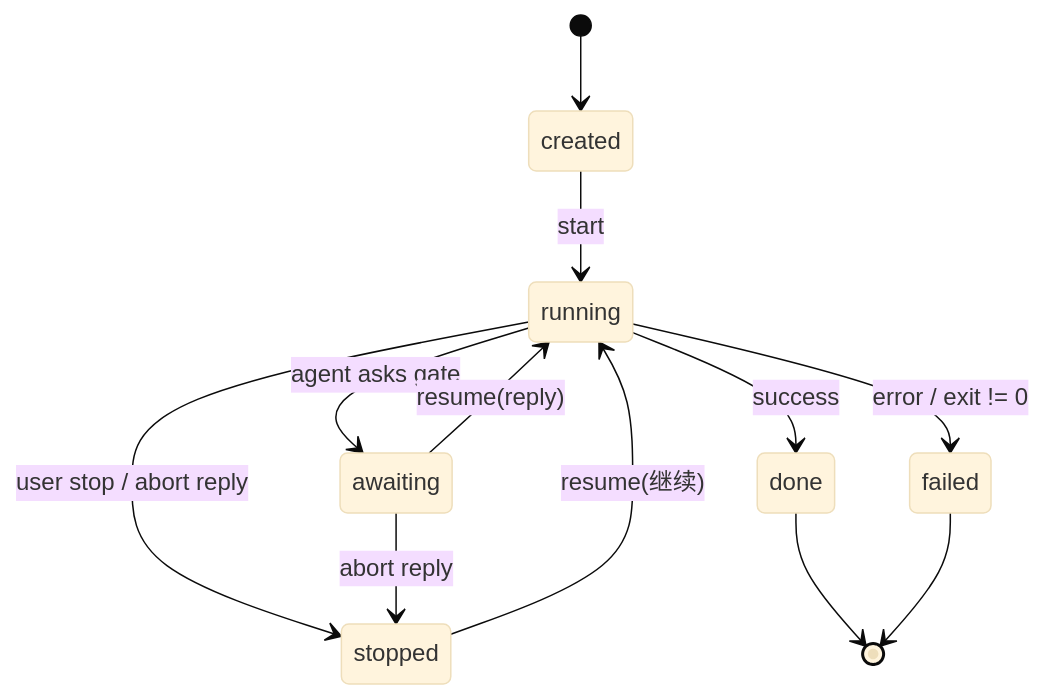
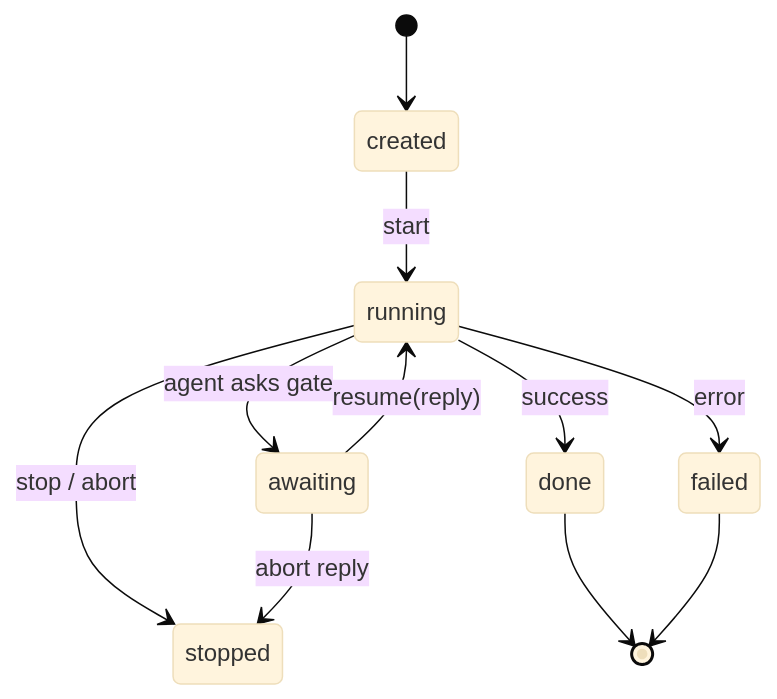
One commit to yangjieling/agent-desk changed the first of 2 diagrams in README.md. Above: the diagram before and after it, drawn with Mermaid (base theme). The commit also changed other lines of this file, not shown here.

````diff
--- a/README.md
+++ b/README.md
@@ -73,14 +173,13 @@
 ```mermaid
 stateDiagram-v2
   [*] --> created
   created --> running: start
   running --> awaiting: agent asks gate
   running --> done: success
-  running --> failed: error / exit != 0
-  running --> stopped: user stop / abort reply
+  running --> failed: error
+  running --> stopped: stop / abort
   awaiting --> running: resume(reply)
   awaiting --> stopped: abort reply
   done --> [*]
   failed --> [*]
-  stopped --> running: resume(继续)
 ```
````
